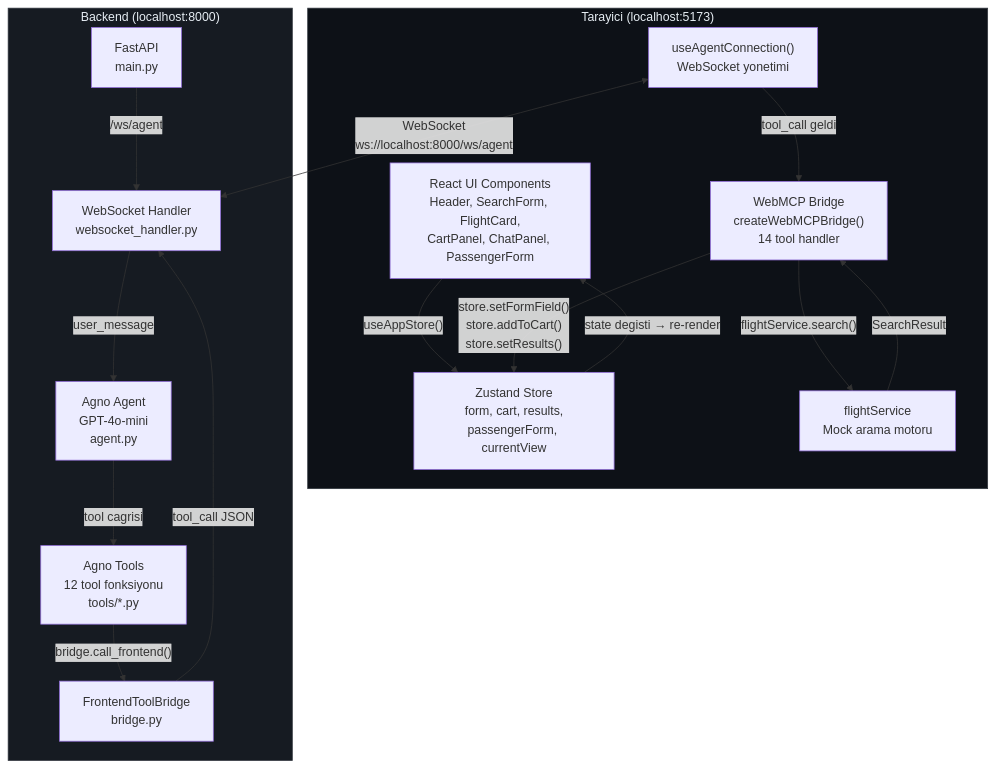
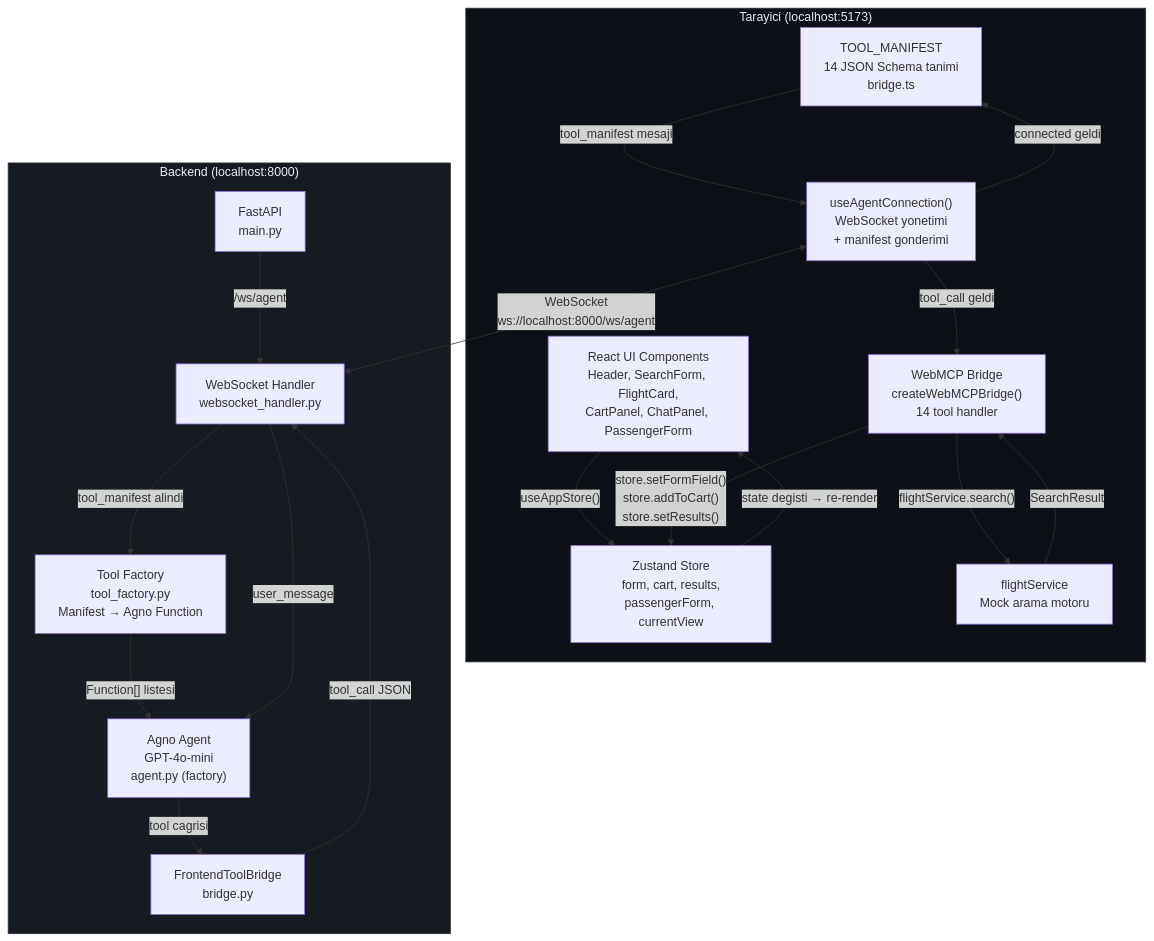
One commit to ozkangu/webmcp-agent changed the first of 7 diagrams in ARCHITECTURE.md. Above: the diagram before and after it, drawn with Mermaid. The commit also changed other lines of this file and 12 other files, not shown here.

Commit message:
feat: Implement dynamic tool registration by creating tools from a frontend manifest using a new `tool_factory`.

````diff
--- a/ARCHITECTURE.md
+++ b/ARCHITECTURE.md
@@ -13,36 +15,40 @@
 ```mermaid
 graph TB
     subgraph Browser["Tarayici (localhost:5173)"]
         UI["React UI Components<br/>Header, SearchForm, FlightCard,<br/>CartPanel, ChatPanel, PassengerForm"]
         Store["Zustand Store<br/>form, cart, results,<br/>passengerForm, currentView"]
         Bridge["WebMCP Bridge<br/>createWebMCPBridge()<br/>14 tool handler"]
-        Hook["useAgentConnection()<br/>WebSocket yonetimi"]
+        Manifest["TOOL_MANIFEST<br/>14 JSON Schema tanimi<br/>bridge.ts"]
+        Hook["useAgentConnection()<br/>WebSocket yonetimi<br/>+ manifest gonderimi"]
         Service["flightService<br/>Mock arama motoru"]
 
         UI -->|"useAppStore()"| Store
         Hook -->|"tool_call geldi"| Bridge
+        Hook -->|"connected geldi"| Manifest
+        Manifest -->|"tool_manifest mesaji"| Hook
         Bridge -->|"store.setFormField()<br/>store.addToCart()<br/>store.setResults()"| Store
         Bridge -->|"flightService.search()"| Service
         Service -->|"SearchResult"| Bridge
         Store -->|"state degisti → re-render"| UI
     end
 
     subgraph Server["Backend (localhost:8000)"]
         FastAPI["FastAPI<br/>main.py"]
         WSHandler["WebSocket Handler<br/>websocket_handler.py"]
         BridgePy["FrontendToolBridge<br/>bridge.py"]
-        AgnoAgent["Agno Agent<br/>GPT-4o-mini<br/>agent.py"]
-        Tools["Agno Tools<br/>12 tool fonksiyonu<br/>tools/*.py"]
+        ToolFactory["Tool Factory<br/>tool_factory.py<br/>Manifest → Agno Function"]
+        AgnoAgent["Agno Agent<br/>GPT-4o-mini<br/>agent.py (factory)"]
 
         FastAPI -->|"/ws/agent"| WSHandler
+        WSHandler -->|"tool_manifest alindi"| ToolFactory
+        ToolFactory -->|"Function[] listesi"| AgnoAgent
         WSHandler -->|"user_message"| AgnoAgent
-        AgnoAgent -->|"tool cagrisi"| Tools
-        Tools -->|"bridge.call_frontend()"| BridgePy
+        AgnoAgent -->|"tool cagrisi"| BridgePy
         BridgePy -->|"tool_call JSON"| WSHandler
     end
 
     Hook <-->|"WebSocket<br/>ws://localhost:8000/ws/agent"| WSHandler
 
     style Browser fill:#0d1117,stroke:#30363d,color:#e6edf3
     style Server fill:#161b22,stroke:#30363d,color:#e6edf3
 ```
````
